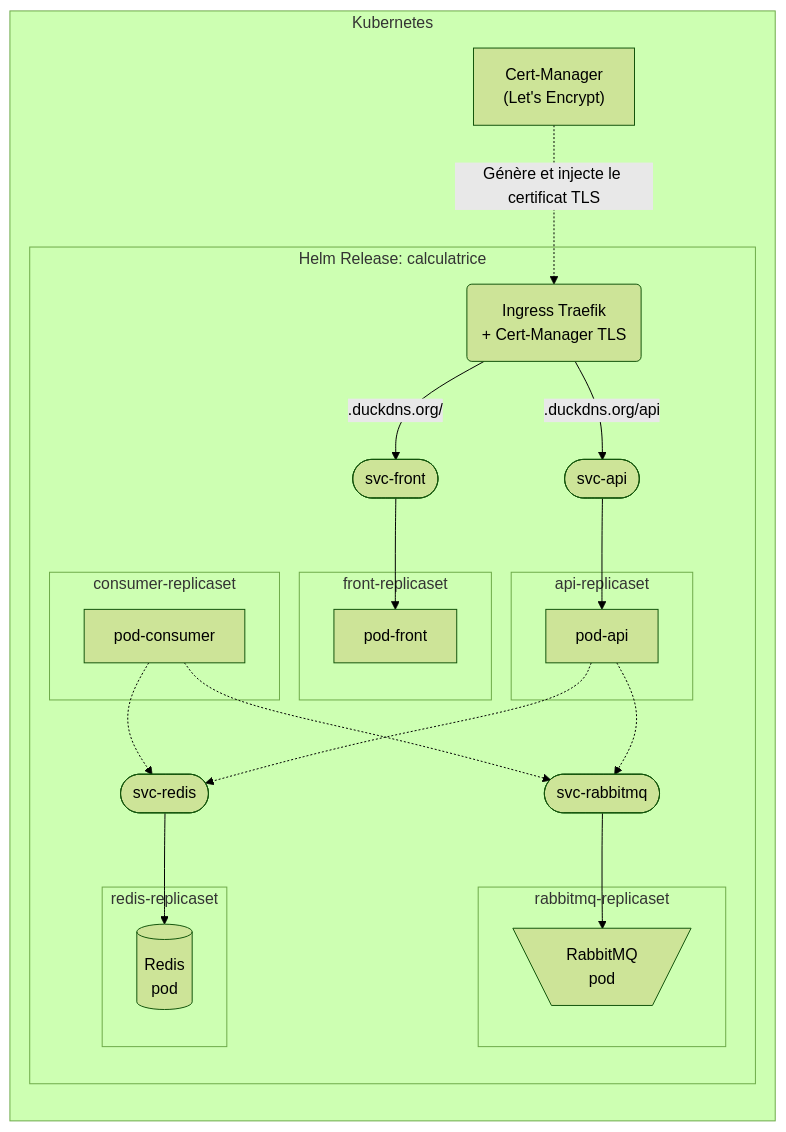
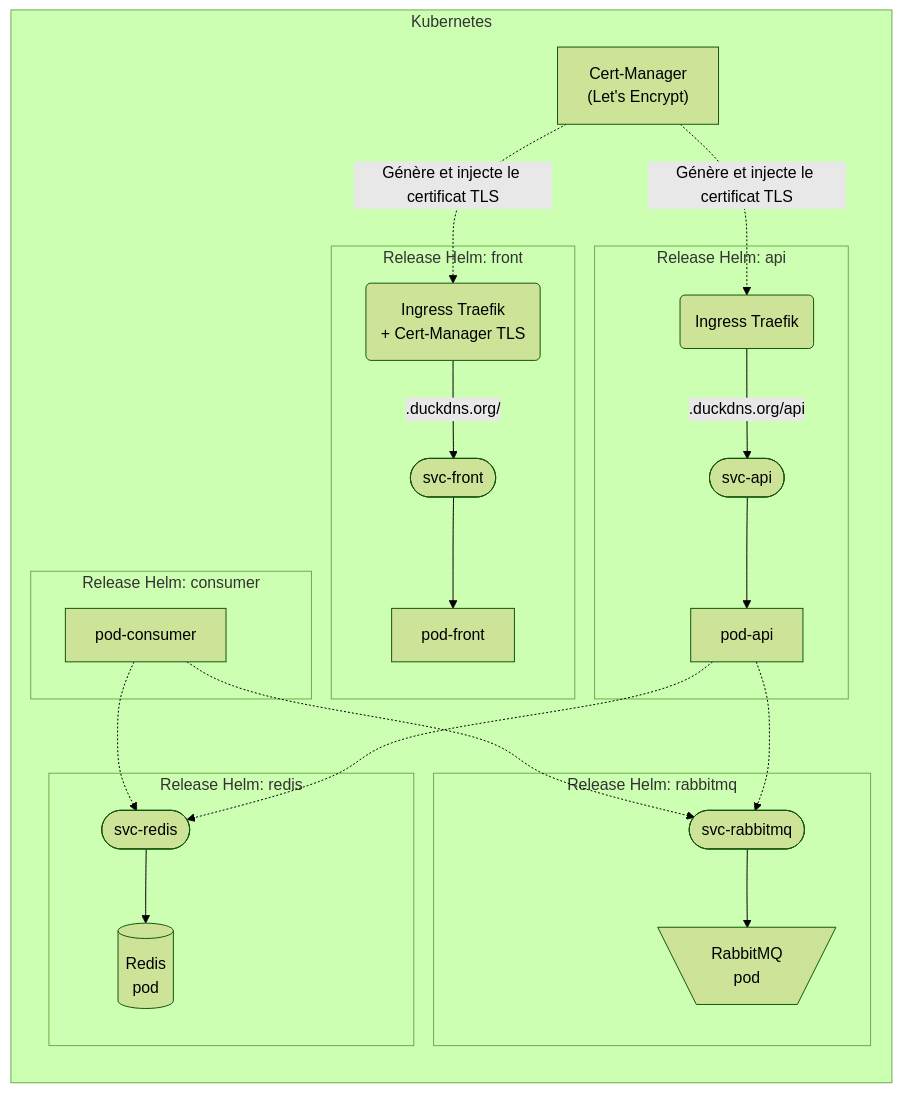
One commit to Noureddine-t/virtualisation-et-cloud-computing changed the first of 4 diagrams in Helm/README.md. Above: the diagram before and after it, drawn with Mermaid (forest theme). The commit also changed other lines of this file and 41 other files, not shown here.

First line of the commit message:
refactor: migrate to microservices Helm charts and App of Apps pattern

````diff
--- a/Helm/README.md
+++ b/Helm/README.md
@@ -19,39 +19,39 @@
 ```mermaid
 graph LR
     
     subgraph "Kubernetes"
-        subgraph "Helm Release: calculatrice"
-            subgraph "front-replicaset"
-                pod-front
-            end
-            
-            subgraph "api-replicaset"
-                pod-api
-            end
-            
-            subgraph "redis-replicaset"
-                pod-redis[("Redis <br> pod")]
-            end
-            
-            subgraph "rabbitmq-replicaset"
-                pod-rabbitmq[\" RabbitMQ <br> pod"/]
-            end
-            
-            subgraph "consumer-replicaset"
-                pod-consumer
-            end
-            
+        subgraph "Release Helm: front"
+            pod-front
+            svc-front([svc-front]) --> pod-front
+            ing(Ingress Traefik <br> + Cert-Manager TLS) -->|"<domaine>.duckdns.org/"| svc-front
+        end
+        
+        subgraph "Release Helm: api"
+            pod-api
             svc-api([svc-api]) --> pod-api
+            ing_api(Ingress Traefik) -->|"<domaine>.duckdns.org/api"| svc-api
+        end
+        
+        subgraph "Release Helm: redis"
+            pod-redis[("Redis <br> pod")]
             svc-redis([svc-redis]) --> pod-redis
+        end
+        
+        subgraph "Release Helm: rabbitmq"
+            pod-rabbitmq[\" RabbitMQ <br> pod"/]
             svc-rabbitmq([svc-rabbitmq]) --> pod-rabbitmq
-            pod-consumer -.-> svc-rabbitmq
-            pod-consumer -.-> svc-redis
-            pod-api -.-> svc-redis
-            pod-api -.-> svc-rabbitmq
-            ing -->|"<domaine>.duckdns.org/api"| svc-api
-            ing(Ingress Traefik <br> + Cert-Manager TLS) -->|"<domaine>.duckdns.org/"| svc-front
-            svc-front([svc-front]) --> pod-front
         end
+        
+        subgraph "Release Helm: consumer"
+            pod-consumer
+        end
+        
+        pod-consumer -.-> svc-rabbitmq
+        pod-consumer -.-> svc-redis
+        pod-api -.-> svc-redis
+        pod-api -.-> svc-rabbitmq
+        
         CertManager["Cert-Manager <br> (Let's Encrypt)"] -.->|"Génère et injecte le certificat TLS"| ing
+        CertManager -.->|"Génère et injecte le certificat TLS"| ing_api
     end
 ```
````
